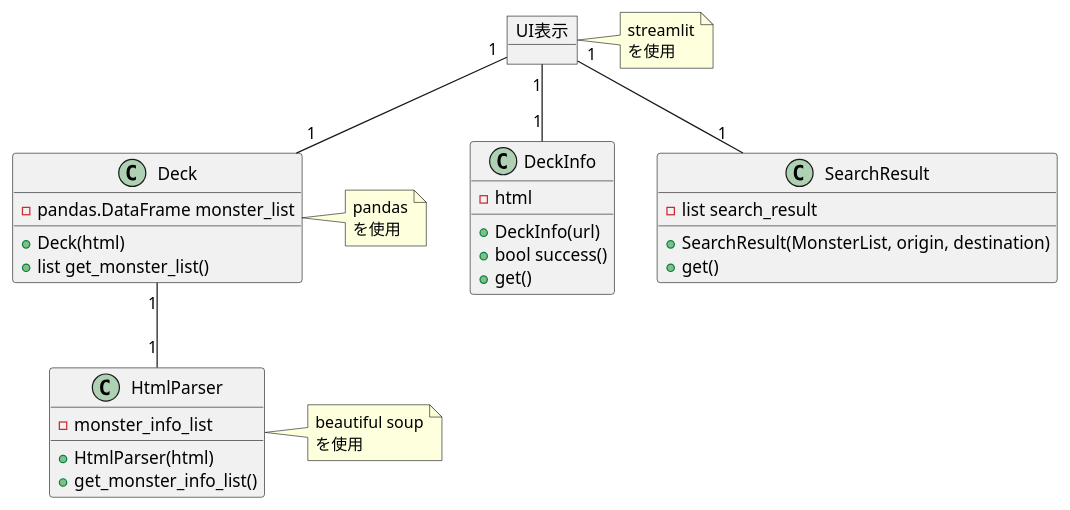
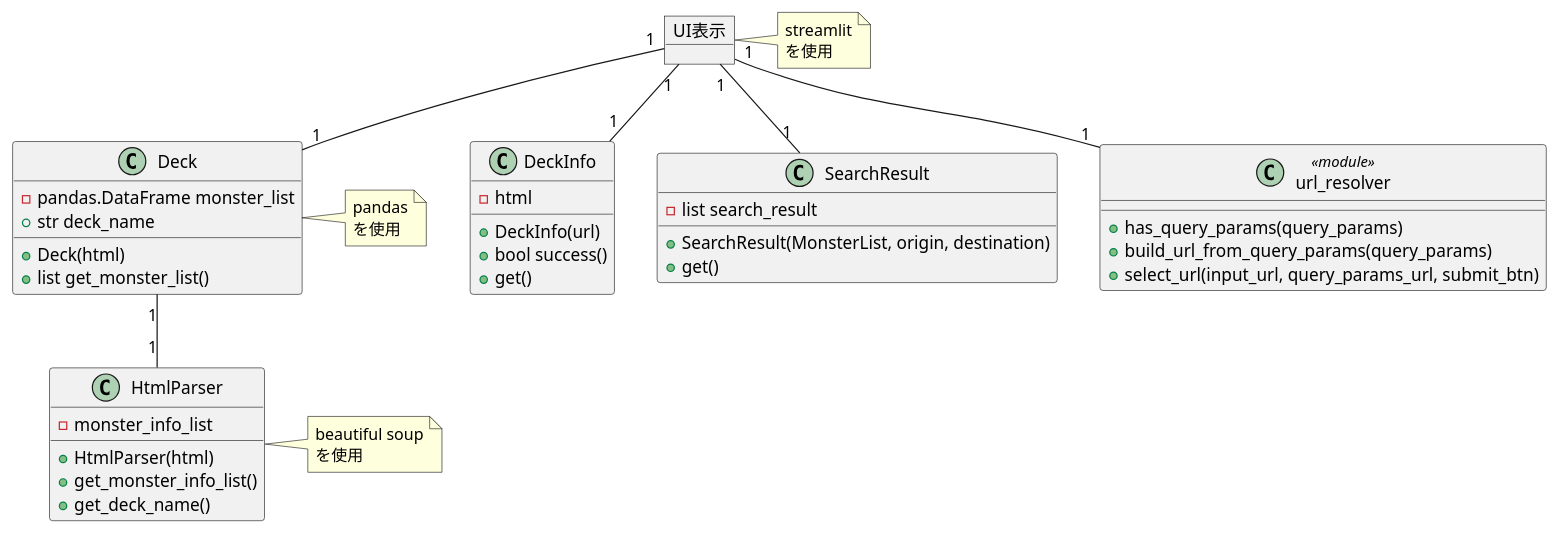
One commit to ikishichi/ygo-small-world-transit changed the fifth of 6 diagrams in docs/ygo-small-world-transit.md. Above: the diagram before and after it, drawn with PlantUML.

Commit message:
クラス図に本PRで追加した要素を反映
- url_resolver モジュールを追加
- HtmlParser に get_deck_name() を追加
- Deck に deck_name 属性を追加

````diff
--- a/docs/ygo-small-world-transit.md
+++ b/docs/ygo-small-world-transit.md
@@ -115,43 +115,51 @@
 ```plantuml
 @startuml
 object "UI表示" as ui
 note right
 streamlit
 を使用
 endnote
 class DeckInfo{
     - html
     + DeckInfo(url)
     + bool success()
     + get()
 }
 class SearchResult {
     - list search_result
     + SearchResult(MonsterList, origin, destination)
     + get()
 }
 class Deck{
     - pandas.DataFrame monster_list
+    + str deck_name
     + Deck(html)
     + list get_monster_list()
 }
 note right
 pandas
 を使用
 endnote
 class HtmlParser{
     - monster_info_list
     + HtmlParser(html)
     + get_monster_info_list()
+    + get_deck_name()
 }
 note right
 beautiful soup
 を使用
 endnote
+class url_resolver <<module>> {
+    + has_query_params(query_params)
+    + build_url_from_query_params(query_params)
+    + select_url(input_url, query_params_url, submit_btn)
+}
 ui "1"--"1" DeckInfo
 ui "1"--"1" SearchResult
 
 ui "1"--"1" Deck
+ui "1"--"1" url_resolver
 Deck "1"--"1" HtmlParser
 @enduml
 ```
````
